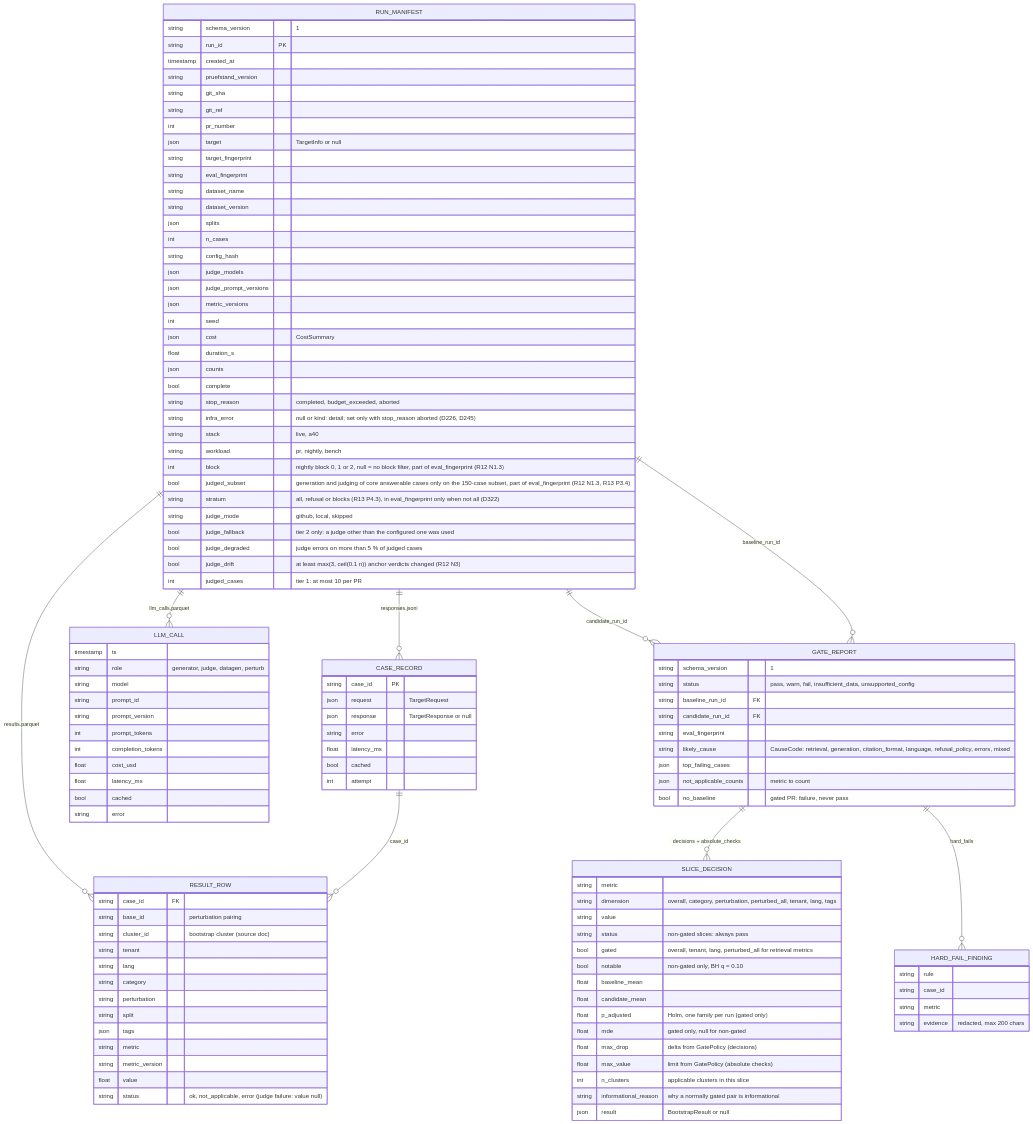
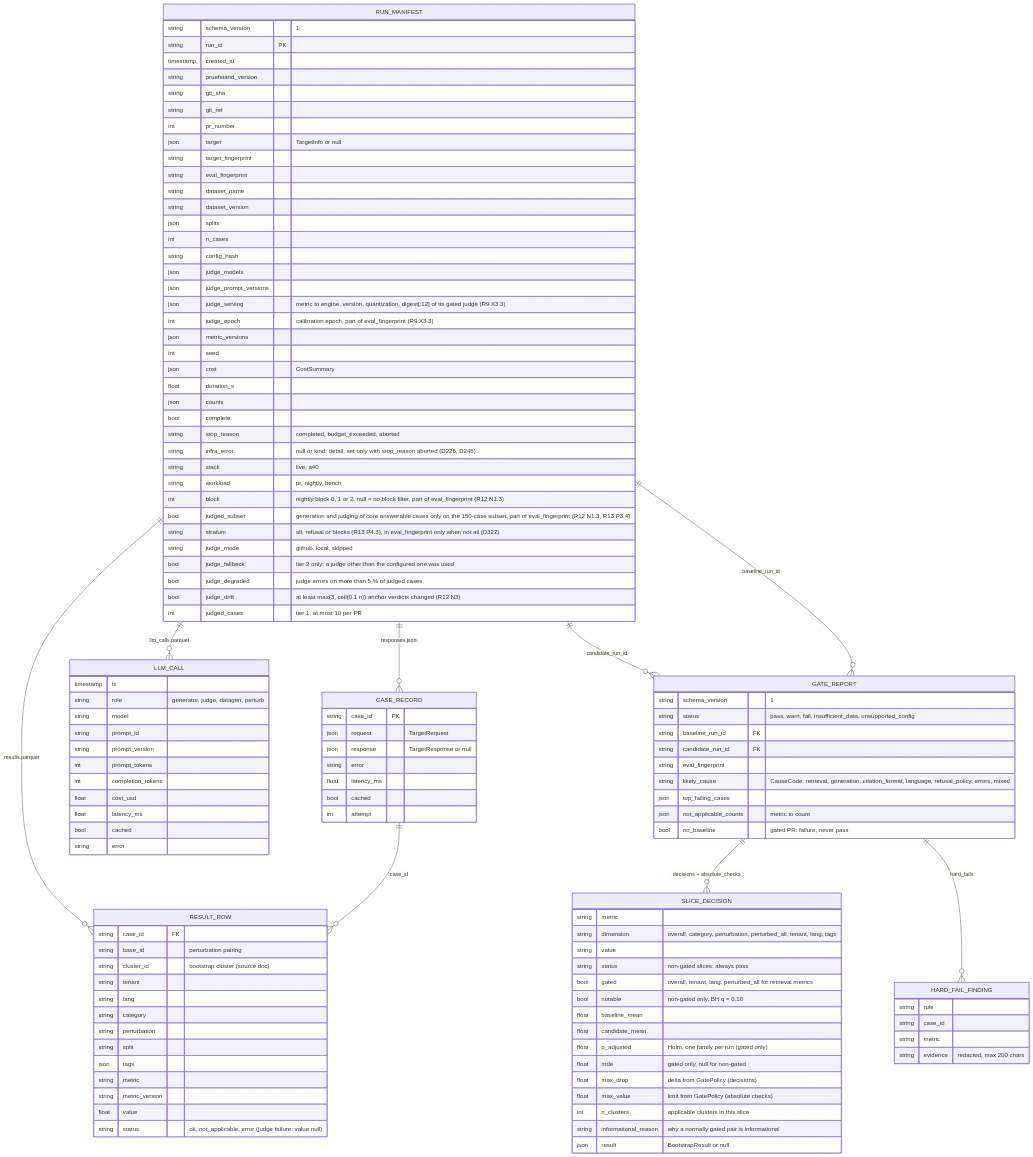
One commit to dheena18/pruefstand changed the first of 2 diagrams in docs/architecture/data-model.md. Above: the diagram before and after it, drawn with Mermaid. The commit also changed 2 other files, not shown here.

Commit message:
docs(core): T1.1 decisions, test-matrix rows covered, data-model judge fields
Claude-Session: https://claude.ai/code/session_01NTXxshXk7s7Dn4ao8JpbZx

```diff
--- a/docs/architecture/data-model.md
+++ b/docs/architecture/data-model.md
@@ -34,6 +34,8 @@
         string config_hash
         json judge_models
         json judge_prompt_versions
+        json judge_serving "metric to engine, version, quantization, digest[:12] of its gated judge (R9 X3.3)"
+        int judge_epoch "calibration epoch, part of eval_fingerprint (R9 X3.3)"
         json metric_versions
         int seed
         json cost "CostSummary"
```
